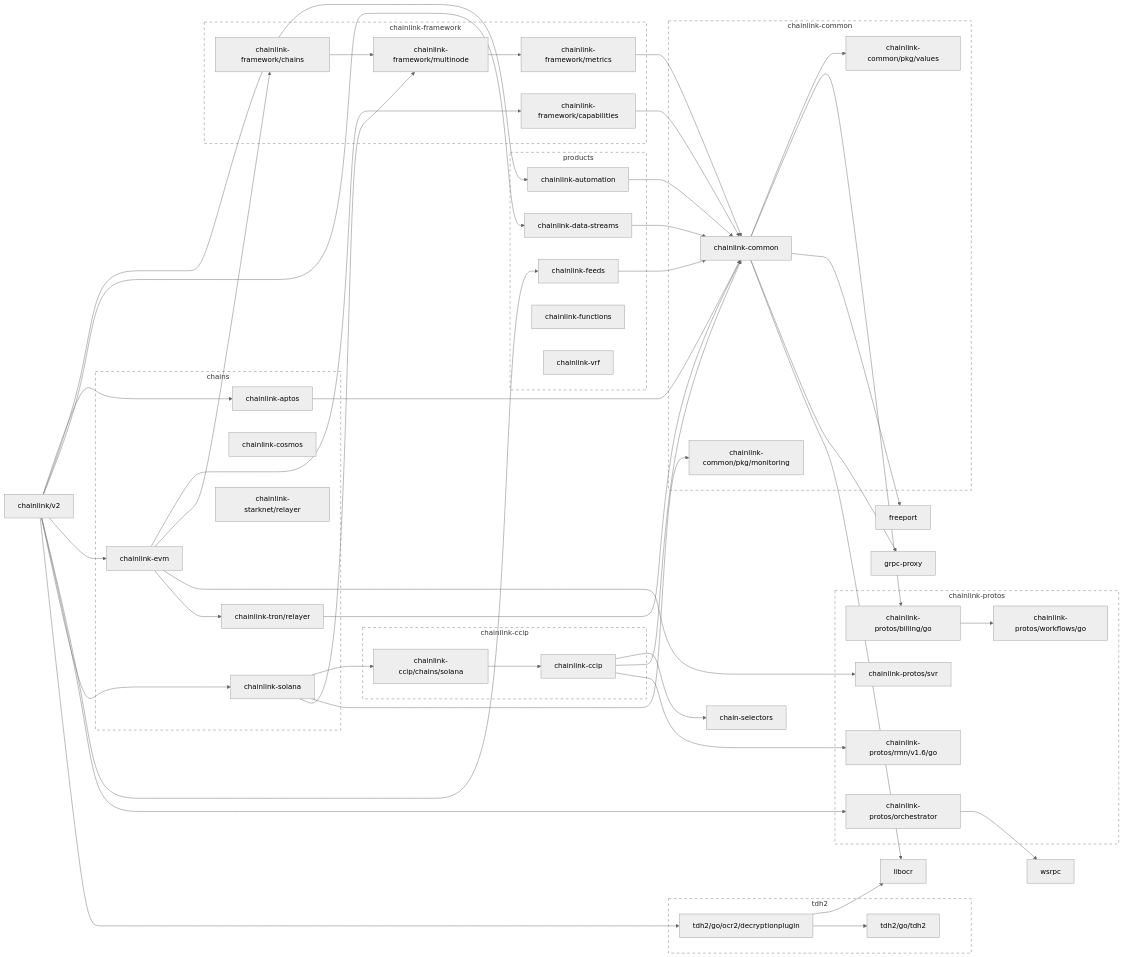
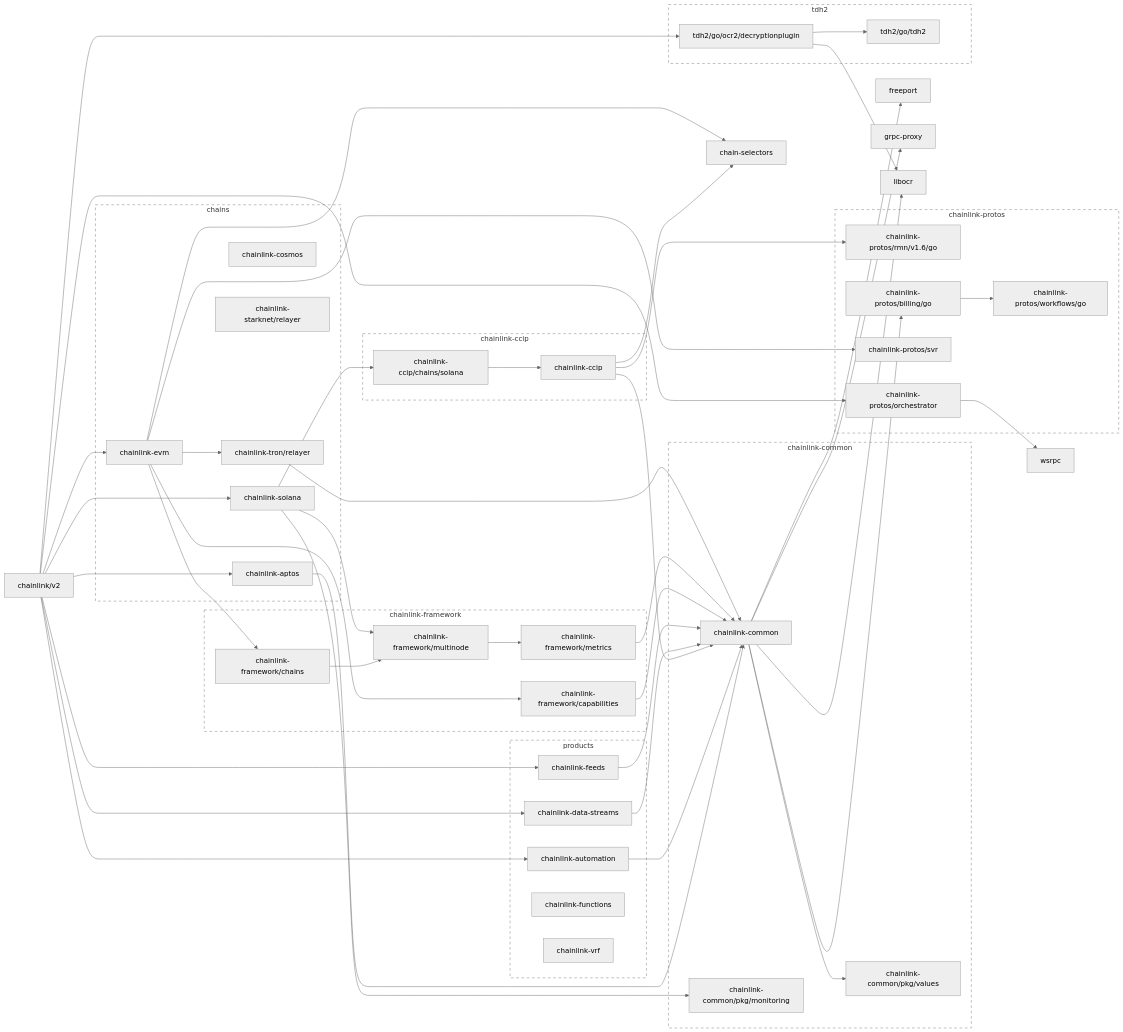
Before and after one commit to JohnDaWalka/chainlink: the first of 2 diagrams in go.md, drawn with Mermaid (neutral theme). The commit also changed other lines of this file and 23 other files, not shown here.

```diff
--- a/go.md
+++ b/go.md
@@ -46,6 +46,7 @@
 	click chainlink-common/pkg/values href "https://github.com/smartcontractkit/chainlink-common"
 	chainlink-data-streams --> chainlink-common
 	click chainlink-data-streams href "https://github.com/smartcontractkit/chainlink-data-streams"
+	chainlink-evm --> chain-selectors
 	chainlink-evm --> chainlink-framework/capabilities
 	chainlink-evm --> chainlink-framework/chains
 	chainlink-evm --> chainlink-protos/svr
```
